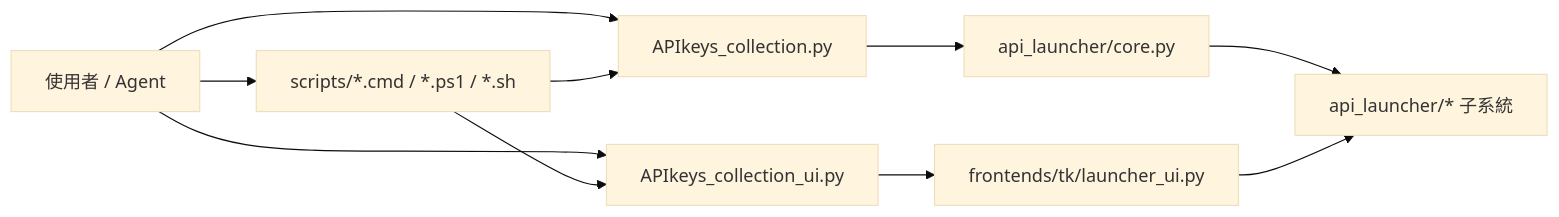
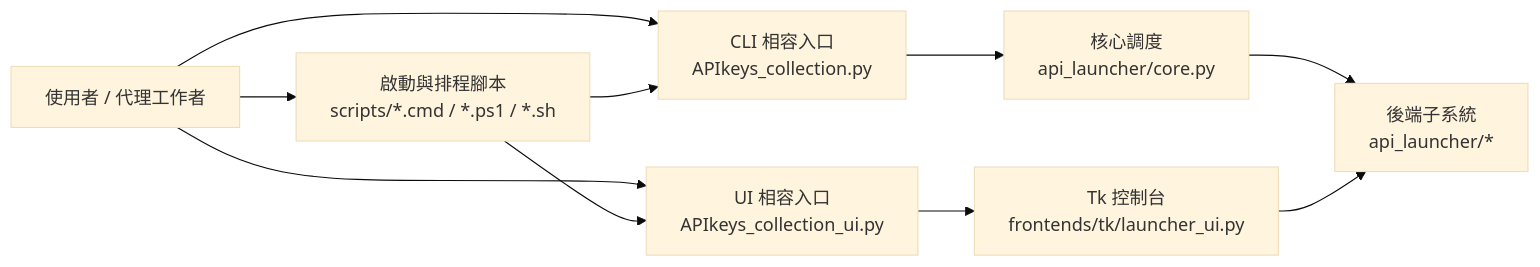
Before and after one commit to YanAnnLu/APIkeys_collection: the first of 3 diagrams in docs/CODE_RELATIONSHIP_MAP.zh-TW.md, drawn with Mermaid (base theme). The commit also changed other lines of this file and 17 other files, not shown here.

````diff
--- a/docs/CODE_RELATIONSHIP_MAP.zh-TW.md
+++ b/docs/CODE_RELATIONSHIP_MAP.zh-TW.md
@@ -11,14 +11,14 @@
 ```mermaid
 flowchart LR
-    user["使用者 / Agent"] --> cli_root["APIkeys_collection.py"]
-    user --> ui_root["APIkeys_collection_ui.py"]
-    user --> scripts["scripts/*.cmd / *.ps1 / *.sh"]
+    user["使用者 / 代理工作者"] --> cli_root["CLI 相容入口<br/>APIkeys_collection.py"]
+    user --> ui_root["UI 相容入口<br/>APIkeys_collection_ui.py"]
+    user --> scripts["啟動與排程腳本<br/>scripts/*.cmd / *.ps1 / *.sh"]
 
-    cli_root --> core["api_launcher/core.py"]
-    ui_root --> tkui["frontends/tk/launcher_ui.py"]
+    cli_root --> core["核心調度<br/>api_launcher/core.py"]
+    ui_root --> tkui["Tk 控制台<br/>frontends/tk/launcher_ui.py"]
     scripts --> cli_root
     scripts --> ui_root
 
-    core --> backend["api_launcher/* 子系統"]
+    core --> backend["後端子系統<br/>api_launcher/*"]
     tkui --> backend
 ```
````
